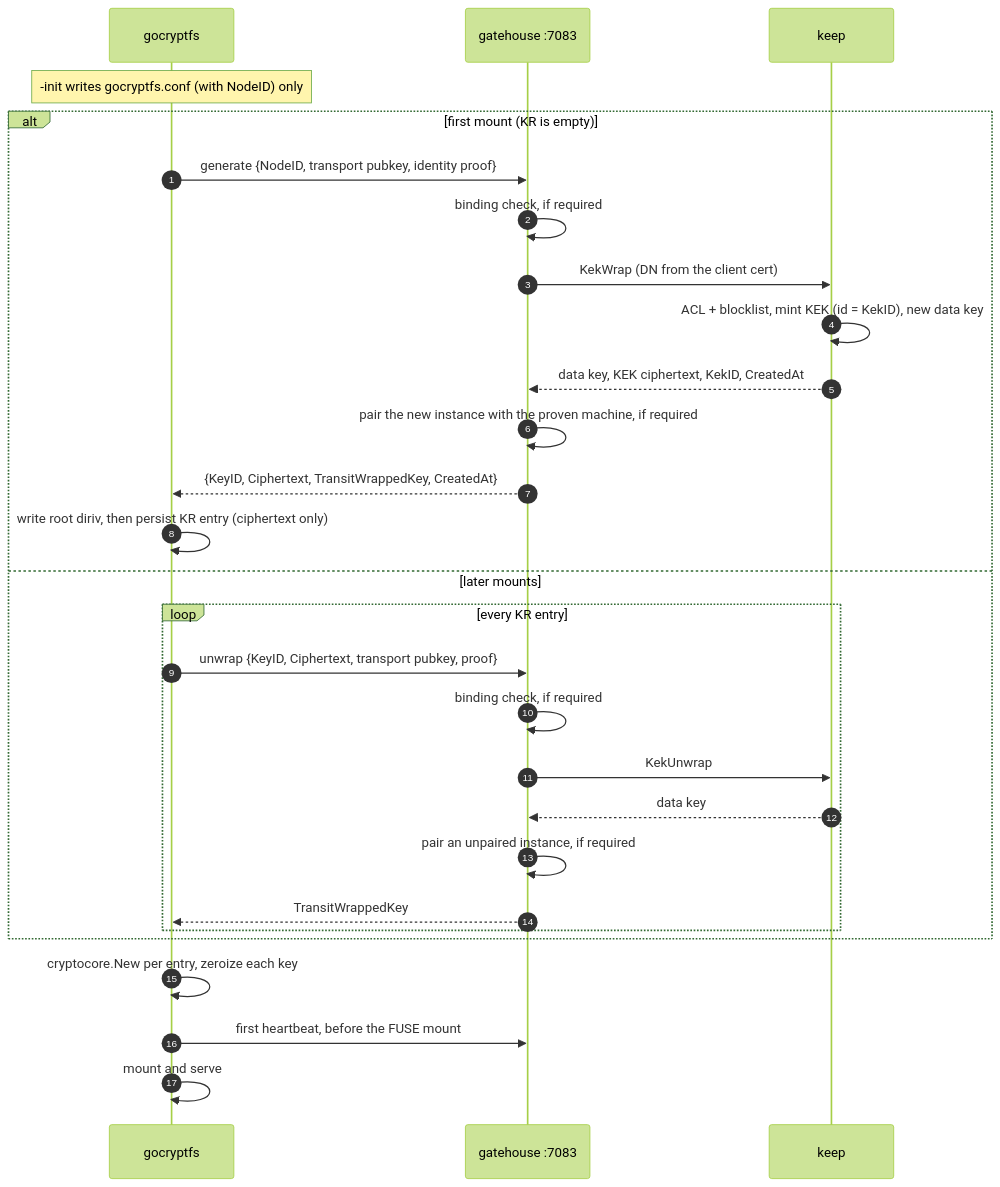
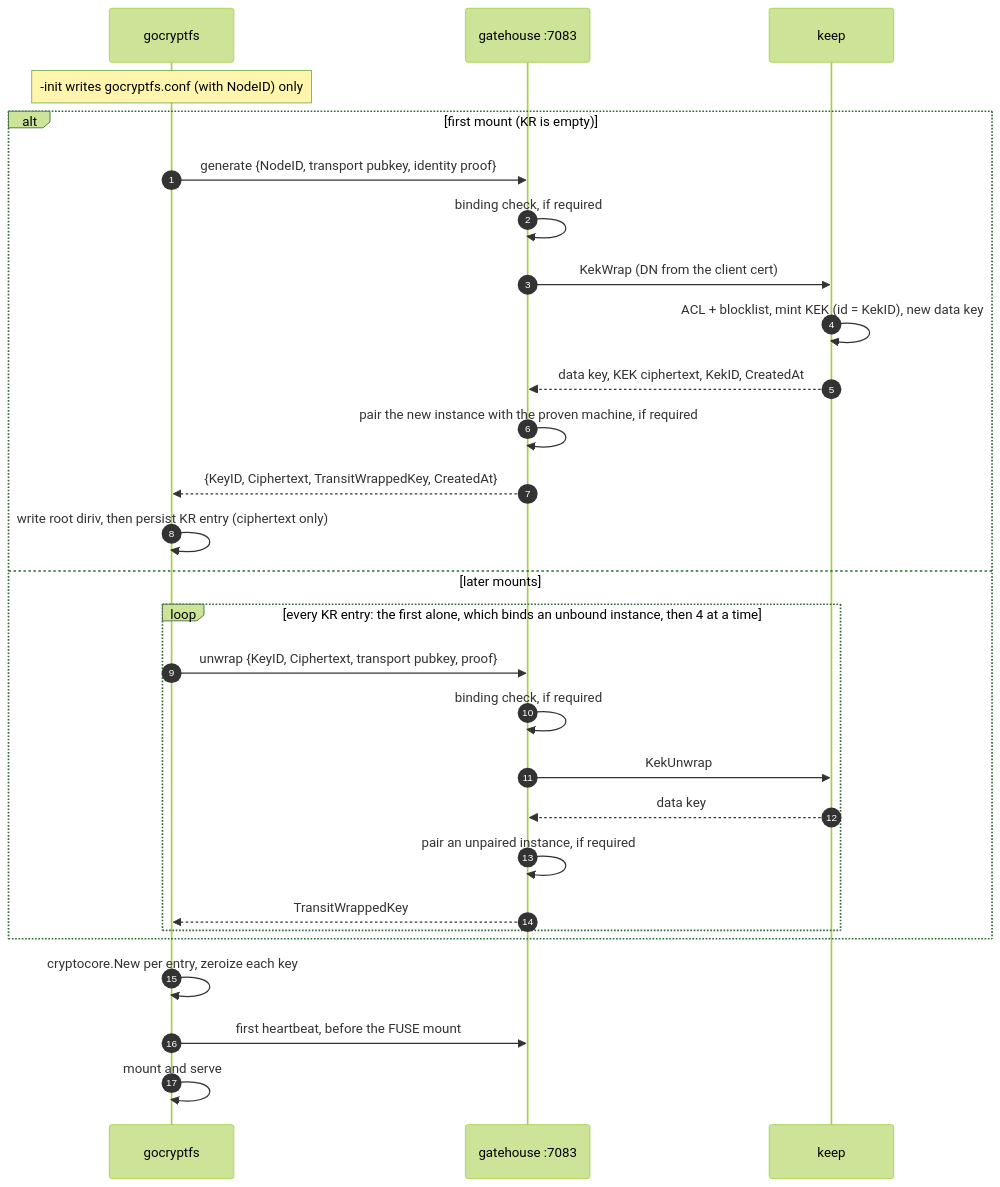
The second of 7 diagrams in Documentation/tkfs-v2-review-guide.md (TrustedKeep/gocryptfs), drawn with Mermaid (forest theme) before and after one commit. The commit also changed 5 other files, not shown here.

````diff
--- a/Documentation/tkfs-v2-review-guide.md
+++ b/Documentation/tkfs-v2-review-guide.md
@@ -88,30 +88,30 @@
 ```mermaid
 sequenceDiagram
   autonumber
   participant T as gocryptfs
   participant G as gatehouse :7083
   participant K as keep
   Note over T: -init writes gocryptfs.conf (with NodeID) only
   alt first mount (KR is empty)
     T->>G: generate {NodeID, transport pubkey, identity proof}
     G->>G: binding check, if required
     G->>K: KekWrap (DN from the client cert)
     K->>K: ACL + blocklist, mint KEK (id = KekID), new data key
     K-->>G: data key, KEK ciphertext, KekID, CreatedAt
     G->>G: pair the new instance with the proven machine, if required
     G-->>T: {KeyID, Ciphertext, TransitWrappedKey, CreatedAt}
     T->>T: write root diriv, then persist KR entry (ciphertext only)
   else later mounts
-    loop every KR entry
+    loop every KR entry: the first alone, which binds an unbound instance, then 4 at a time
       T->>G: unwrap {KeyID, Ciphertext, transport pubkey, proof}
       G->>G: binding check, if required
       G->>K: KekUnwrap
       K-->>G: data key
       G->>G: pair an unpaired instance, if required
       G-->>T: TransitWrappedKey
     end
   end
   T->>T: cryptocore.New per entry, zeroize each key
   T->>G: first heartbeat, before the FUSE mount
   T->>T: mount and serve
 ```
````
